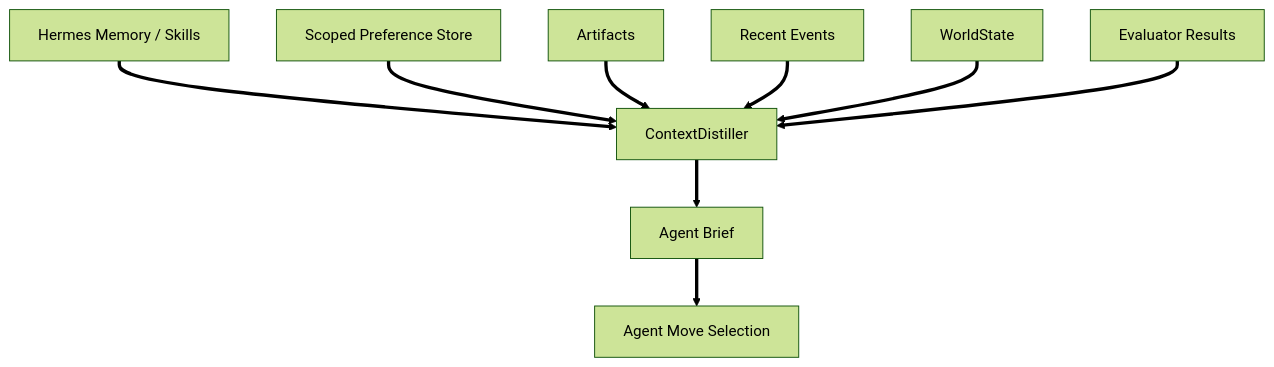
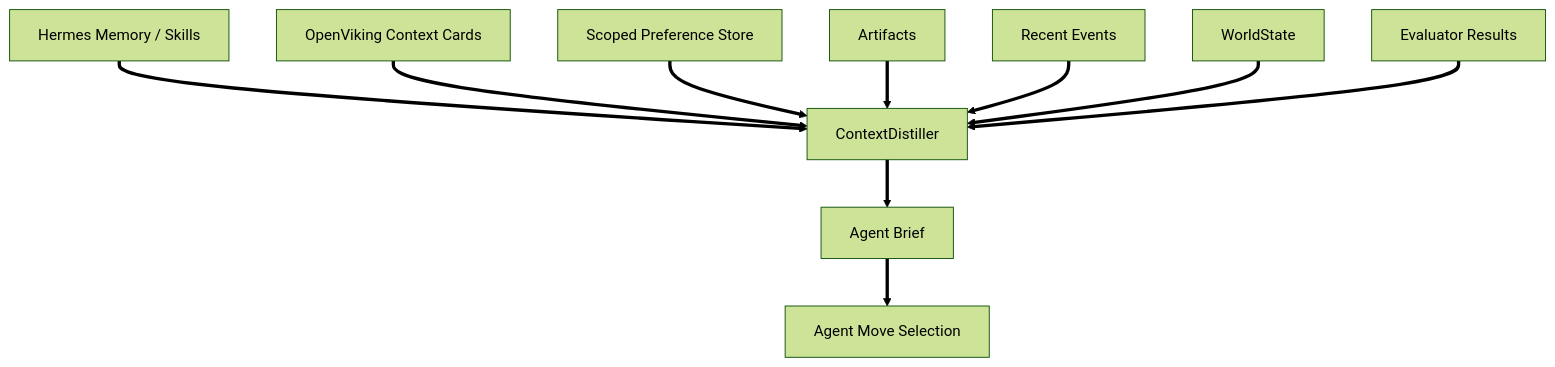
Before and after one commit to nyandesigns0/openclaw-guide: the first of 2 diagrams in content/chapter-2.2.md, drawn with Mermaid (forest theme). The commit also changed other lines of this file and 12 other files, not shown here.

Commit message:
docs: update chapters 1.1, 1.2, 2.1, 2.2, and 3.1 to refine A.A.S. Field Runtime architecture, enhance design ontology, and clarify workspace functionalities

````diff
--- a/content/chapter-2.2.md
+++ b/content/chapter-2.2.md
@@ -15,12 +16,13 @@
 ```mermaid
 %%{init: {'flowchart': {'arrowMarkerSize': 1.5}}}%%
 flowchart TD
     MEM[Hermes Memory / Skills] ==> CD[ContextDistiller]
+    OV[OpenViking Context Cards] ==> CD
     PREF[Scoped Preference Store] ==> CD
     ART[Artifacts] ==> CD
     EVT[Recent Events] ==> CD
     WS[WorldState] ==> CD
     EVAL[Evaluator Results] ==> CD
     CD ==> AB[Agent Brief]
     AB ==> AG[Agent Move Selection]
 ```
````
